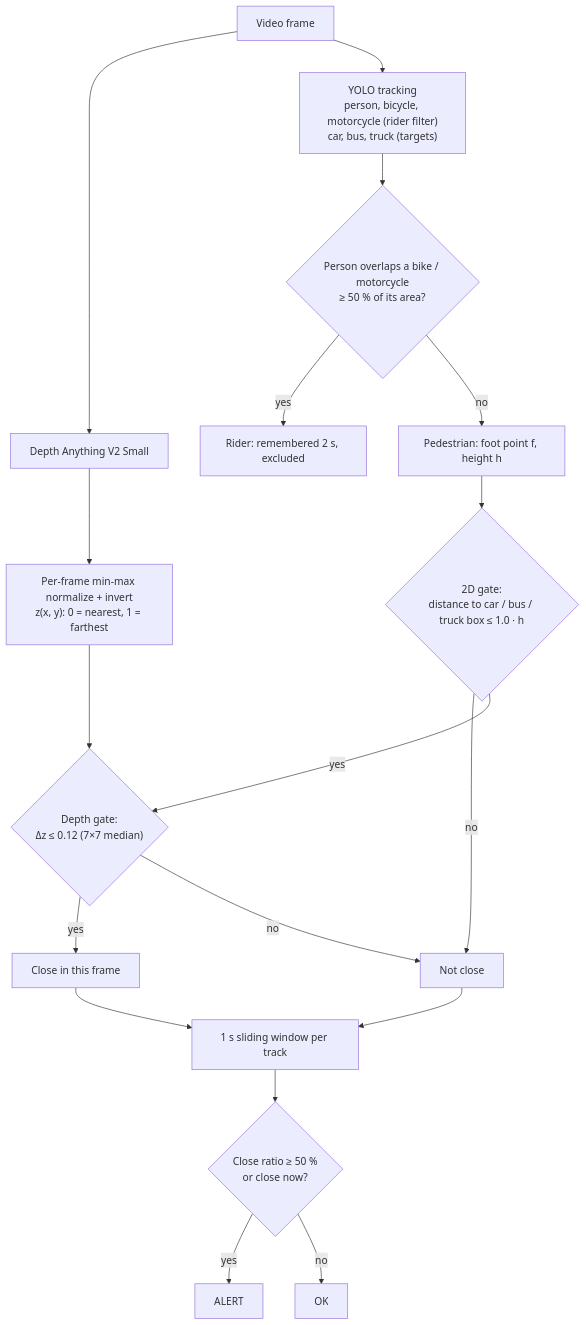
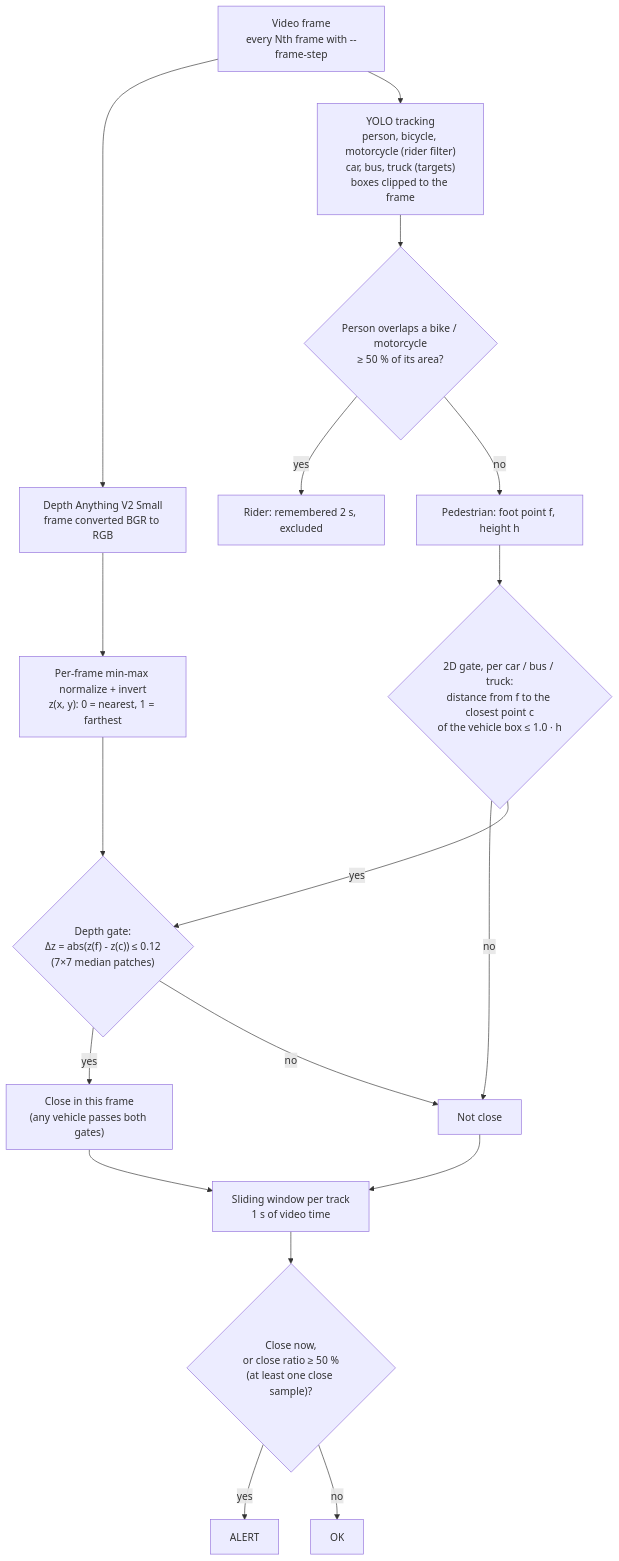
Before and after one commit to karemdm/pedestrian-vehicle-proximity-alert: the diagram in README.md, drawn with Mermaid. The commit also changed other lines of this file and 1 other file, not shown here.

Commit message:
docs: clarify the diagram, document known depth-gate limitations and exit codes, fix the height-factor tuning tip

````diff
--- a/README.md
+++ b/README.md
@@ -26,20 +26,20 @@
 ```mermaid
 flowchart TD
-    A["Video frame"] --> B["Depth Anything V2 Small"]
+    A["Video frame<br/>every Nth frame with --frame-step"] --> B["Depth Anything V2 Small<br/>frame converted BGR to RGB"]
     B --> C["Per-frame min-max normalize + invert<br/>z(x, y): 0 = nearest, 1 = farthest"]
-    A --> D["YOLO tracking<br/>person, bicycle, motorcycle (rider filter)<br/>car, bus, truck (targets)"]
+    A --> D["YOLO tracking<br/>person, bicycle, motorcycle (rider filter)<br/>car, bus, truck (targets)<br/>boxes clipped to the frame"]
     D --> E{"Person overlaps a bike / motorcycle<br/>≥ 50 % of its area?"}
     E -- yes --> F["Rider: remembered 2 s, excluded"]
     E -- no --> G["Pedestrian: foot point f, height h"]
-    G --> H{"2D gate:<br/>distance to car / bus / truck box ≤ 1.0 · h"}
+    G --> H{"2D gate, per car / bus / truck:<br/>distance from f to the closest point c<br/>of the vehicle box ≤ 1.0 · h"}
     H -- no --> L
-    H -- yes --> I{"Depth gate:<br/>Δz ≤ 0.12 (7×7 median)"}
+    H -- yes --> I{"Depth gate:<br/>Δz = abs(z(f) - z(c)) ≤ 0.12<br/>(7×7 median patches)"}
     C --> I
-    I -- yes --> K["Close in this frame"]
+    I -- yes --> K["Close in this frame<br/>(any vehicle passes both gates)"]
     I -- no --> L["Not close"]
-    K --> M["1 s sliding window per track"]
+    K --> M["Sliding window per track<br/>1 s of video time"]
     L --> M
-    M --> N{"Close ratio ≥ 50 %<br/>or close now?"}
+    M --> N{"Close now,<br/>or close ratio ≥ 50 %<br/>(at least one close sample)?"}
     N -- yes --> O["ALERT"]
     N -- no --> P["OK"]
 ```
````
